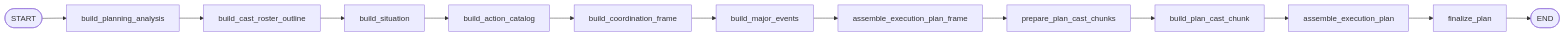
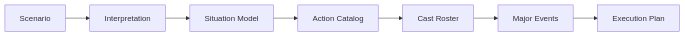
Before and after one commit to keonho-kim/simula: the diagram in docs/workflows/planning.md, drawn with Mermaid. The commit also changed other lines of this file and 513 other files, not shown here.

````diff
--- a/docs/workflows/planning.md
+++ b/docs/workflows/planning.md
@@ -7,15 +8,9 @@
 ```mermaid
 flowchart LR
-    Start([START]) --> Analysis["build_planning_analysis"]
-    Analysis --> Outline["build_cast_roster_outline"]
-    Outline --> Situation["build_situation"]
-    Situation --> Catalog["build_action_catalog"]
-    Catalog --> Coordination["build_coordination_frame"]
-    Coordination --> Events["build_major_events"]
-    Events --> Frame["assemble_execution_plan_frame"]
-    Frame --> Chunks["prepare_plan_cast_chunks"]
-    Chunks --> Cast["build_plan_cast_chunk"]
-    Cast --> Assemble["assemble_execution_plan"]
-    Assemble --> Finalize["finalize_plan"]
-    Finalize --> End([END])
+    Scenario["Scenario"] --> Interpretation["Interpretation"]
+    Interpretation --> Situation["Situation Model"]
+    Situation --> Actions["Action Catalog"]
+    Actions --> Cast["Cast Roster"]
+    Cast --> Events["Major Events"]
+    Events --> Plan["Execution Plan"]
 ```
````
